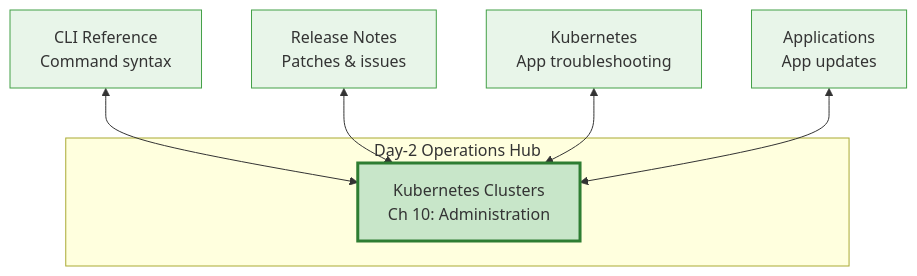
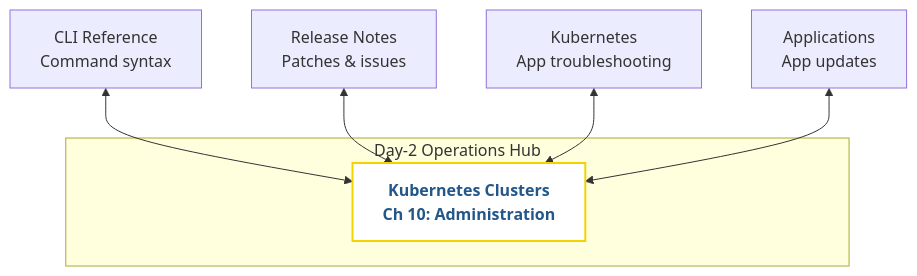
Before and after one commit to alison-holloway/alison-holloway.github.io: the seventh of 8 diagrams in _portfolio/ocne2_information_architecture.md, drawn with Mermaid. The commit also changed other lines of this file and 3 other files, not shown here.

First line of the commit message:
Add Mermaid diagram formatting system and apply new template styling

````diff
--- a/_portfolio/ocne2_information_architecture.md
+++ b/_portfolio/ocne2_information_architecture.md
@@ -254,17 +204,13 @@
 ```mermaid
-%%{init: {"theme": "default"}}%%
 flowchart TB
-    subgraph DayTwo["Day-2 Operations Hub"]
-        KC10["Kubernetes Clusters<br/>Ch 10: Administration"]
-    end
-
-    CLI["CLI Reference<br/>Command syntax"] <--> KC10
-    RN["Release Notes<br/>Patches & issues"] <--> KC10
-    K8S["Kubernetes<br/>App troubleshooting"] <--> KC10
-    APP["Applications<br/>App updates"] <--> KC10
-
-    classDef hub fill:#C8E6C9,stroke:#2E7D32,stroke-width:3px
-    classDef support fill:#E8F5E9,stroke:#43A047,stroke-width:1px
-    class KC10 hub
-    class CLI,RN,K8S,APP support
+  subgraph DayTwo["Day-2 Operations Hub"]
+    KC10["Kubernetes Clusters<br/>Ch 10: Administration"]
+  end
+  CLI["CLI Reference<br/>Command syntax"] <--> KC10
+  RN["Release Notes<br/>Patches & issues"] <--> KC10
+  K8S["Kubernetes<br/>App troubleshooting"] <--> KC10
+  APP["Applications<br/>App updates"] <--> KC10
+  classDef chapter fill:#fff,stroke:#F1D302,stroke-width:2px,color:#235789,font-size:16px,font-weight:bold;
+  classDef workflowNode fill:#fff,stroke:#C1292E,stroke-width:2px,color:#235789,font-size:16px,font-weight:bold;
+  class KC10 chapter;
 ```
````
